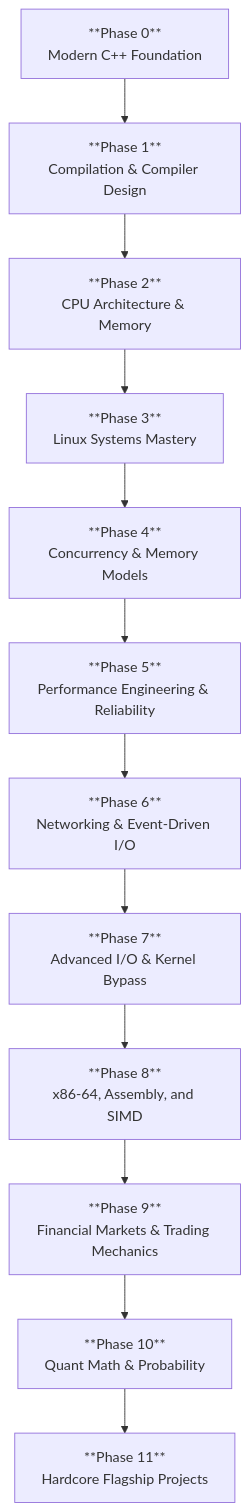
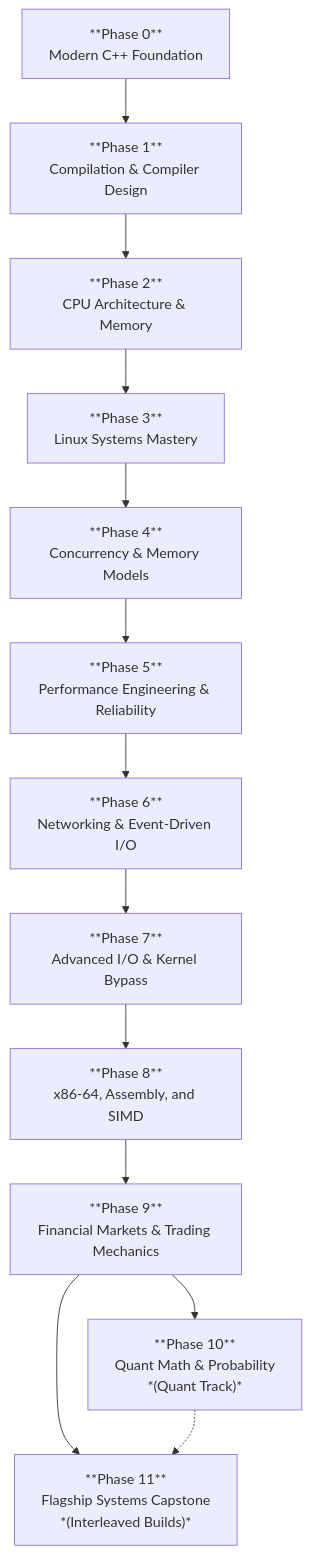
One commit to RustamSheoran/cpp-roadmap changed the first of 7 diagrams in README.md. Above: the diagram before and after it, drawn with Mermaid. The commit also changed other lines of this file, not shown here.

````diff
--- a/README.md
+++ b/README.md
@@ -54,14 +55,15 @@
 ```mermaid
 flowchart TD
     P0["**Phase 0**<br/>Modern C++ Foundation"] --> P1["**Phase 1**<br/>Compilation & Compiler Design"]
     P1 --> P2["**Phase 2**<br/>CPU Architecture & Memory"]
     P2 --> P3["**Phase 3**<br/>Linux Systems Mastery"]
     P3 --> P4["**Phase 4**<br/>Concurrency & Memory Models"]
     P4 --> P5["**Phase 5**<br/>Performance Engineering & Reliability"]
     P5 --> P6["**Phase 6**<br/>Networking & Event-Driven I/O"]
     P6 --> P7["**Phase 7**<br/>Advanced I/O & Kernel Bypass"]
     P7 --> P8["**Phase 8**<br/>x86-64, Assembly, and SIMD"]
     P8 --> P9["**Phase 9**<br/>Financial Markets & Trading Mechanics"]
-    P9 --> P10["**Phase 10**<br/>Quant Math & Probability"]
-    P10 --> P11["**Phase 11**<br/>Hardcore Flagship Projects"]
+    P9 --> P10["**Phase 10**<br/>Quant Math & Probability<br/>*(Quant Track)*"]
+    P9 --> P11["**Phase 11**<br/>Flagship Systems Capstone<br/>*(Interleaved Builds)*"]
+    P10 -.-> P11
 ```
````
